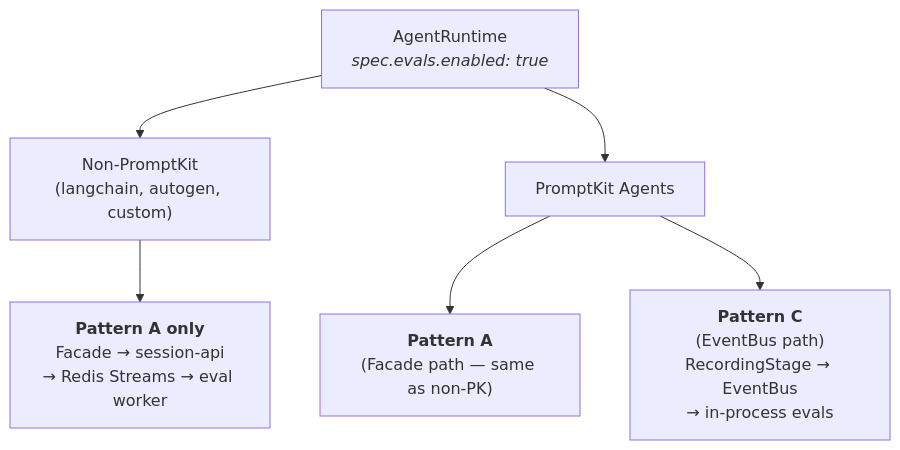
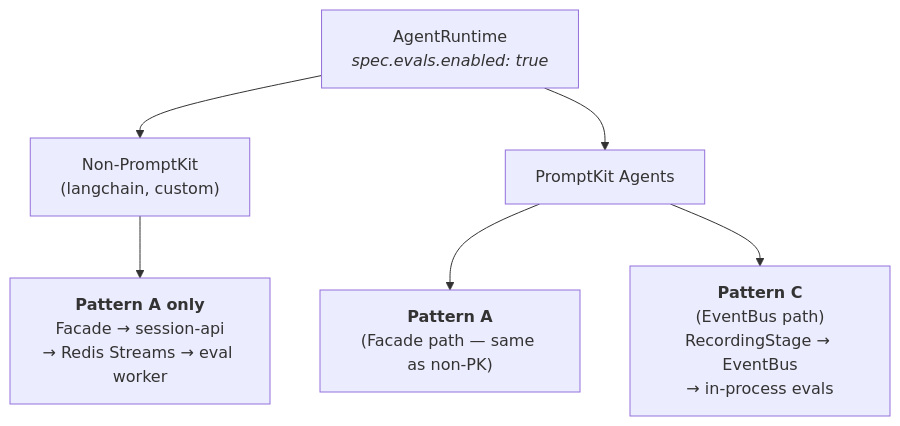
Before and after one commit to AltairaLabs/Omnia: the first of 3 diagrams in docs/src/content/docs/explanation/evaluation/realtime-evals.md, drawn with Mermaid. The commit also changed 7 other files, not shown here.

````diff
--- a/docs/src/content/docs/explanation/evaluation/realtime-evals.md
+++ b/docs/src/content/docs/explanation/evaluation/realtime-evals.md
@@ -90,12 +90,12 @@
 ```mermaid
 flowchart TB
     AR["AgentRuntime<br/><i>spec.evals.enabled: true</i>"]
 
-    AR --> NonPK["Non-PromptKit<br/>(langchain, autogen, custom)"]
+    AR --> NonPK["Non-PromptKit<br/>(langchain, custom)"]
     AR --> PK["PromptKit Agents"]
 
     NonPK --> PA1["<b>Pattern A only</b><br/>Facade → session-api<br/>→ Redis Streams → eval worker"]
 
     PK --> PA2["<b>Pattern A</b><br/>(Facade path — same as non-PK)"]
     PK --> PC["<b>Pattern C</b><br/>(EventBus path)<br/>RecordingStage → EventBus<br/>→ in-process evals"]
 ```
````
